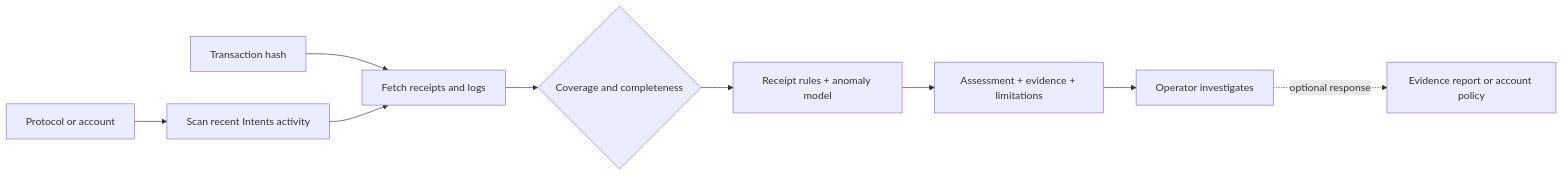
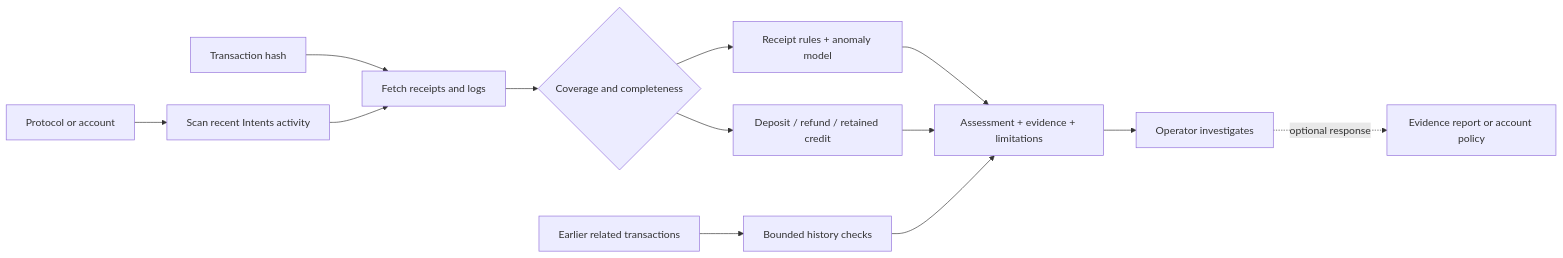
One commit to fuzious/Croft changed the diagram in README.md. Above: the diagram before and after it, drawn with Mermaid. The commit also changed other lines of this file and 31 other files, not shown here.

````diff
--- a/README.md
+++ b/README.md
@@ -10,11 +10,15 @@
 ```mermaid
 flowchart LR
     T[Transaction hash] --> F[Fetch receipts and logs]
     P[Protocol or account] --> S[Scan recent Intents activity]
     S --> F
     F --> C{Coverage and completeness}
     C --> R[Receipt rules + anomaly model]
+    C --> A[Deposit / refund / retained credit]
+    H[Earlier related transactions] --> W[Bounded history checks]
     R --> E[Assessment + evidence + limitations]
+    A --> E
+    W --> E
     E --> O[Operator investigates]
     O -. optional response .-> B[Evidence report or account policy]
 ```
````
